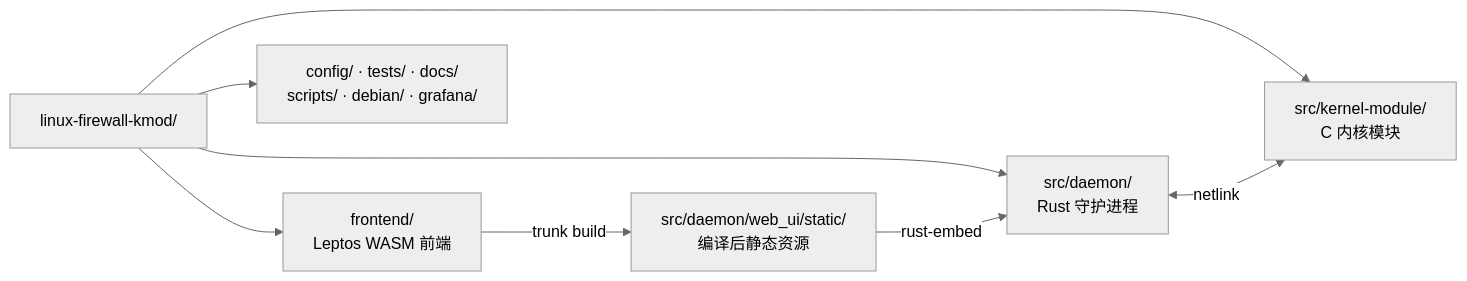
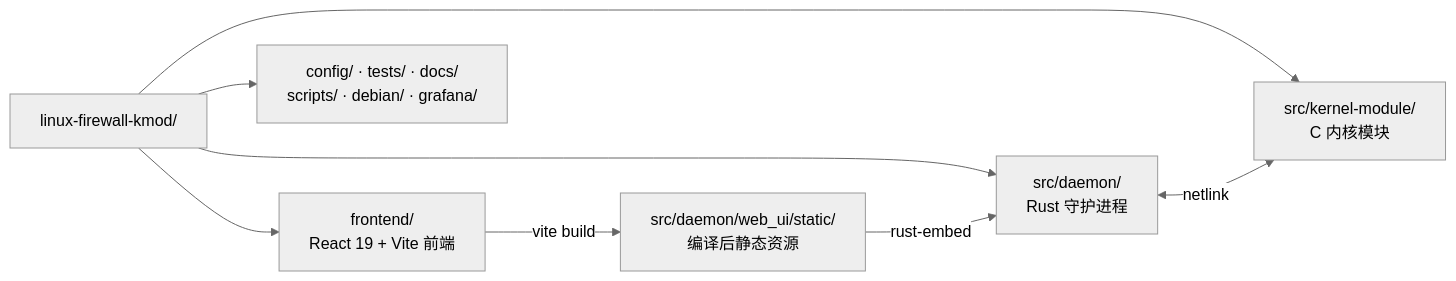
The diagram in docs/zh/development/README.md (SnowCore8/linux-firewall-kmod), drawn with Mermaid (neutral theme) before and after one commit. The commit also changed other lines of this file and 15 other files, not shown here.

````diff
--- a/docs/zh/development/README.md
+++ b/docs/zh/development/README.md
@@ -30,17 +30,17 @@
 ```mermaid
 graph LR
     ROOT["linux-firewall-kmod/"]
     KERNEL["src/kernel-module/<br/>C 内核模块"]
     DAEMON["src/daemon/<br/>Rust 守护进程"]
-    FRONTEND["frontend/<br/>Leptos WASM 前端"]
+    FRONTEND["frontend/<br/>React 19 + Vite 前端"]
     STATIC["src/daemon/web_ui/static/<br/>编译后静态资源"]
     SUPPORT["config/ · tests/ · docs/<br/>scripts/ · debian/ · grafana/"]
 
     ROOT --> KERNEL
     ROOT --> DAEMON
     ROOT --> FRONTEND
     ROOT --> SUPPORT
-    FRONTEND -->|"trunk build"| STATIC
+    FRONTEND -->|"vite build"| STATIC
     STATIC -->|"rust-embed"| DAEMON
     DAEMON <-->|"netlink"| KERNEL
 ```
````
